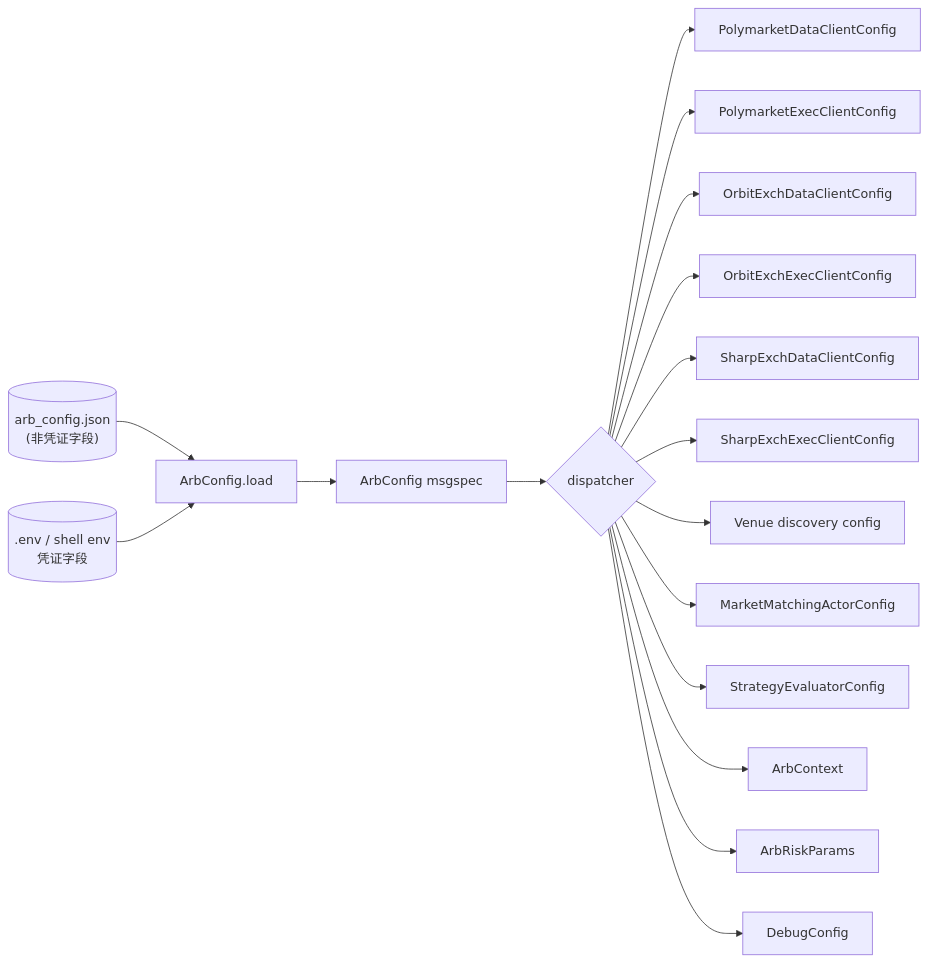
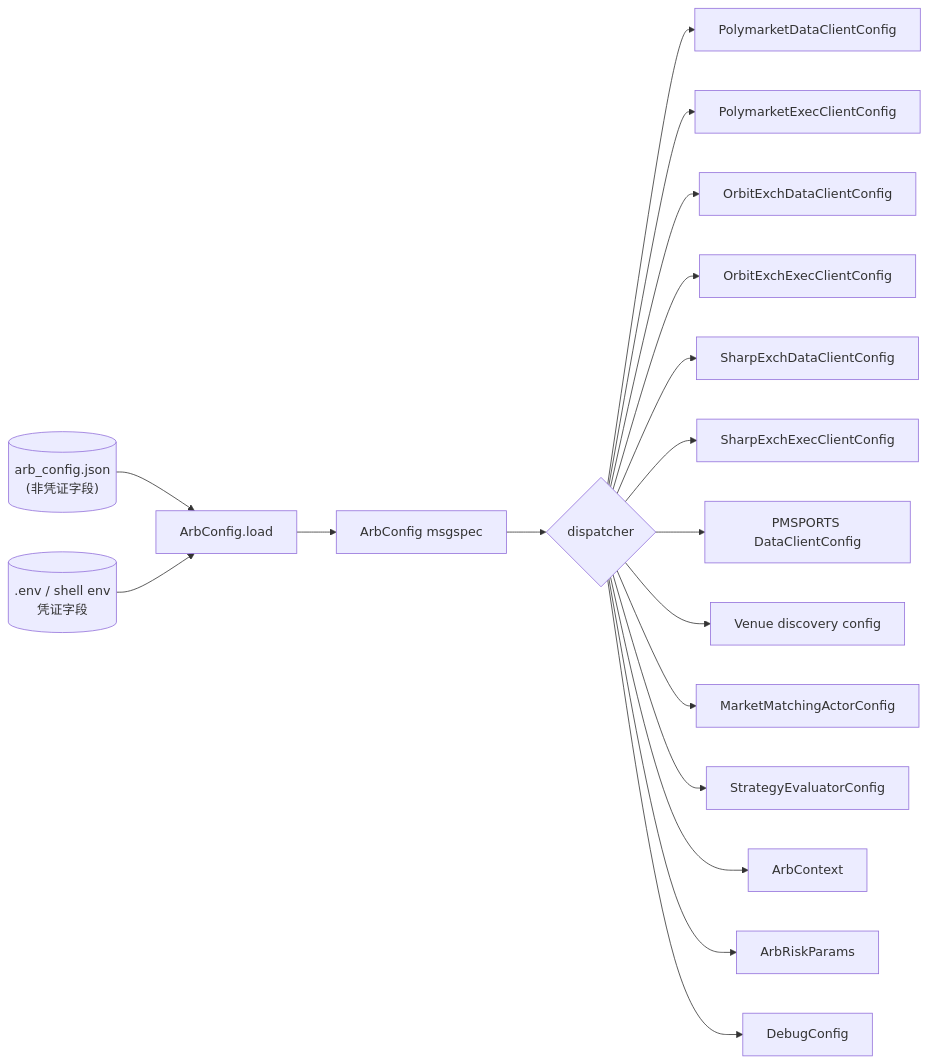
One commit to psnewer/nautilus_trader changed the diagram in docs/arbitrage/architectures/_cross-cutting/configuration.md. Above: the diagram before and after it, drawn with Mermaid. The commit also changed other lines of this file and 105 other files, not shown here.

````diff
--- a/docs/arbitrage/architectures/_cross-cutting/configuration.md
+++ b/docs/arbitrage/architectures/_cross-cutting/configuration.md
@@ -12,19 +14,20 @@
 ```mermaid
 flowchart LR
   JSON[("arb_config.json\n(非凭证字段)")] --> L[ArbConfig.load]
   ENV[(.env / shell env\n凭证字段)] --> L
   L --> AC[ArbConfig msgspec]
   AC --> D{dispatcher}
   D --> CC1[PolymarketDataClientConfig]
   D --> CC2[PolymarketExecClientConfig]
   D --> CC3[OrbitExchDataClientConfig]
   D --> CC4[OrbitExchExecClientConfig]
   D --> CC5[SharpExchDataClientConfig]
   D --> CC6[SharpExchExecClientConfig]
+  D --> CC7[PMSPORTS DataClientConfig]
   D --> AC1[Venue discovery config]
   D --> AC2[MarketMatchingActorConfig]
   D --> AC3[StrategyEvaluatorConfig]
   D --> CTX[ArbContext]
   D --> RP[ArbRiskParams]
   D --> DC[DebugConfig]
 ```
````
